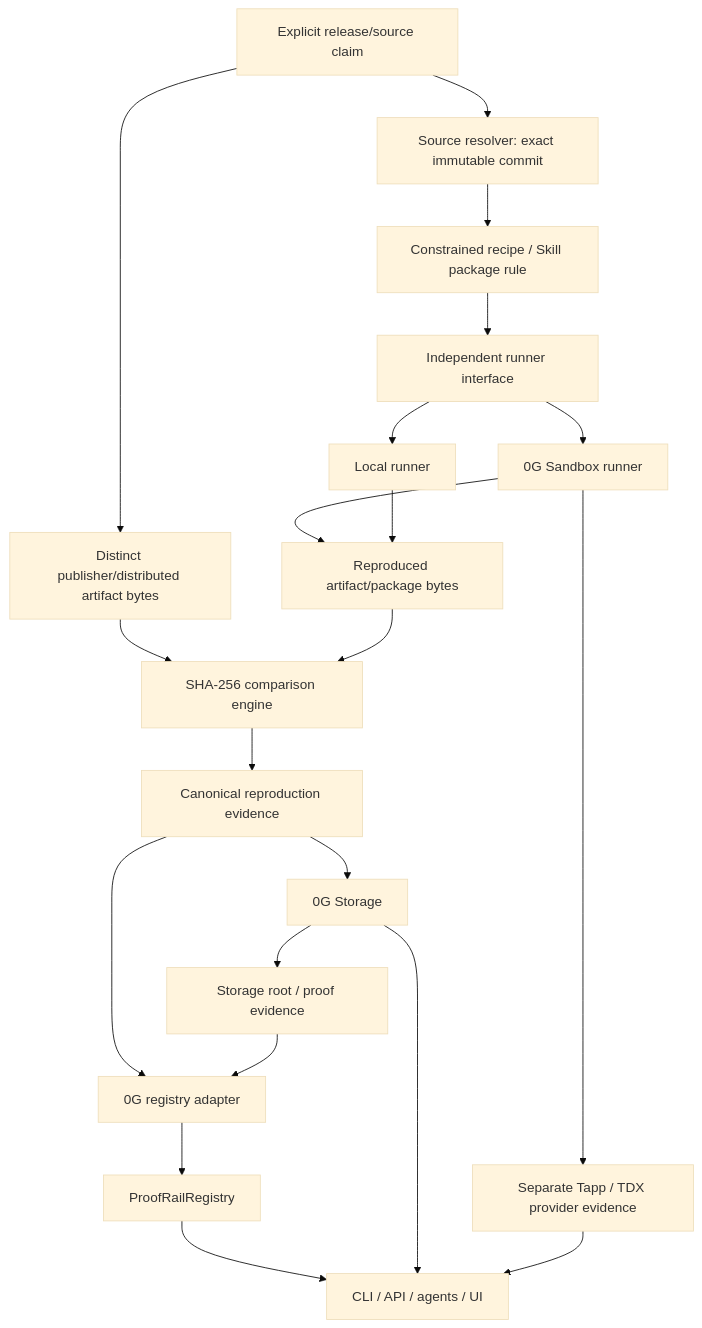
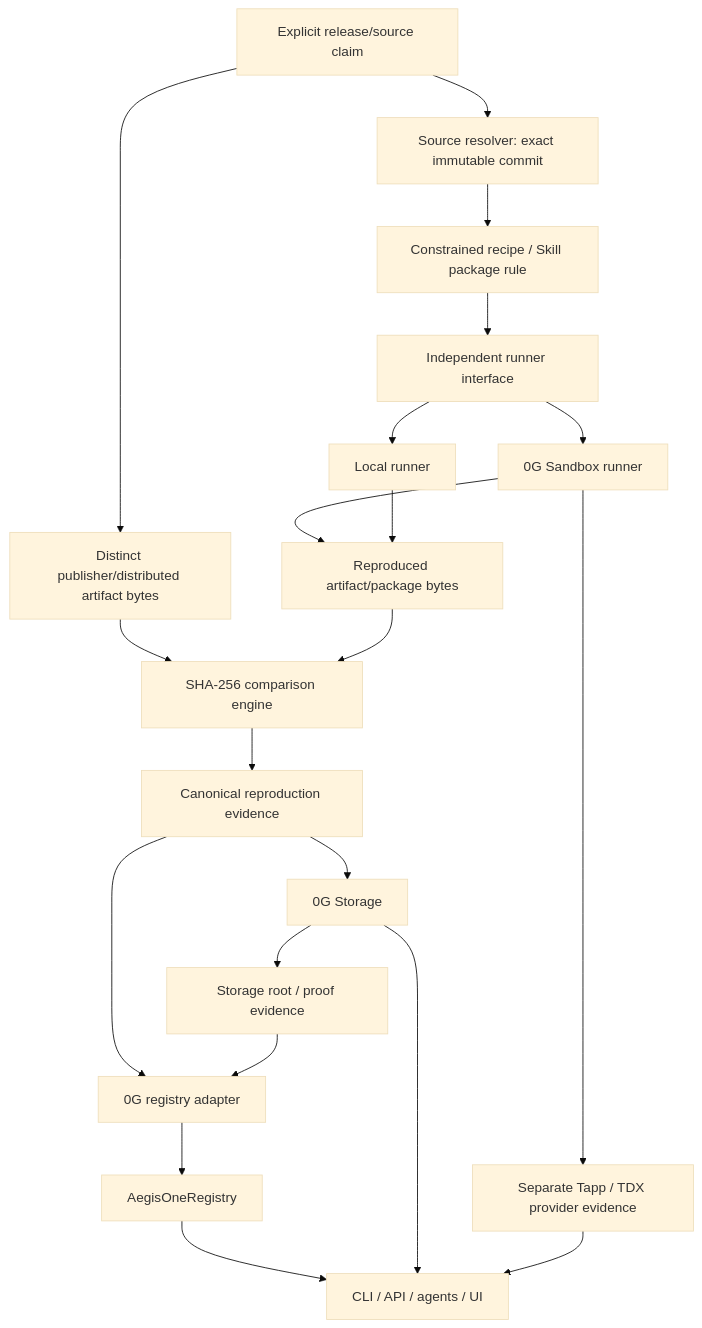
Before and after one commit to Ollie202/aegisone: the first of 2 diagrams in docs/03-architecture.md, drawn with Mermaid (base theme). The commit also changed other lines of this file and 201 other files, not shown here.

First line of the commit message:
chore: rebrand ProofRail to AegisOne

````diff
--- a/docs/03-architecture.md
+++ b/docs/03-architecture.md
@@ -11,23 +11,23 @@
 ```mermaid
 flowchart TD
   A["Explicit release/source claim"] --> B["Source resolver: exact immutable commit"]
   A --> P["Distinct publisher/distributed artifact bytes"]
   B --> C["Constrained recipe / Skill package rule"]
   C --> D["Independent runner interface"]
   D --> D1["Local runner"]
   D --> D2["0G Sandbox runner"]
   D2 --> E["Reproduced artifact/package bytes"]
   D1 --> E
   D2 --> T["Separate Tapp / TDX provider evidence"]
   P --> F["SHA-256 comparison engine"]
   E --> F
   F --> G["Canonical reproduction evidence"]
   G --> H["0G Storage"]
   H --> I["Storage root / proof evidence"]
   G --> J["0G registry adapter"]
   I --> J
-  J --> K["ProofRailRegistry"]
+  J --> K["AegisOneRegistry"]
   K --> L["CLI / API / agents / UI"]
   H --> L
   T --> L
 ```
````
